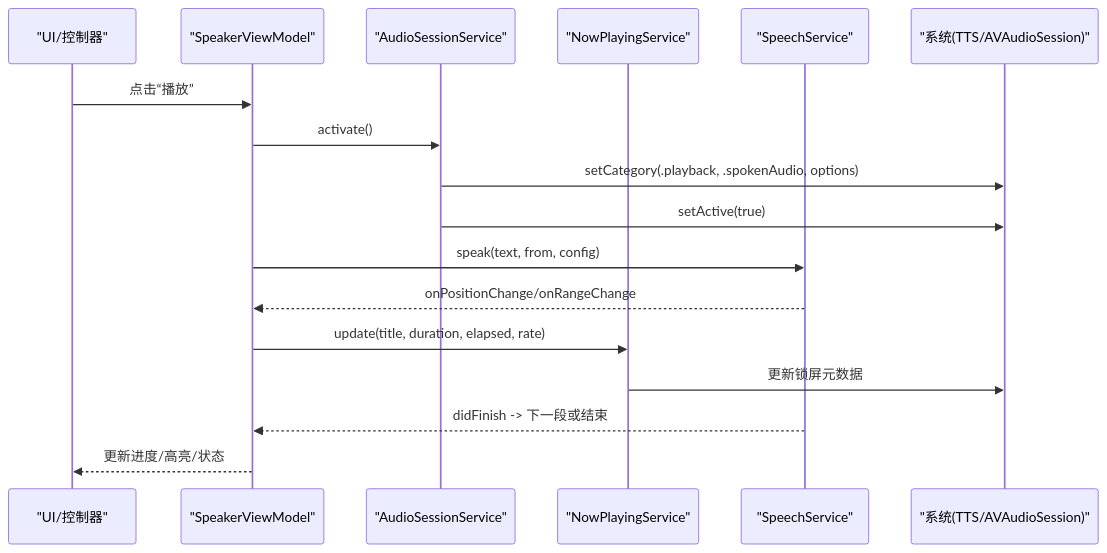
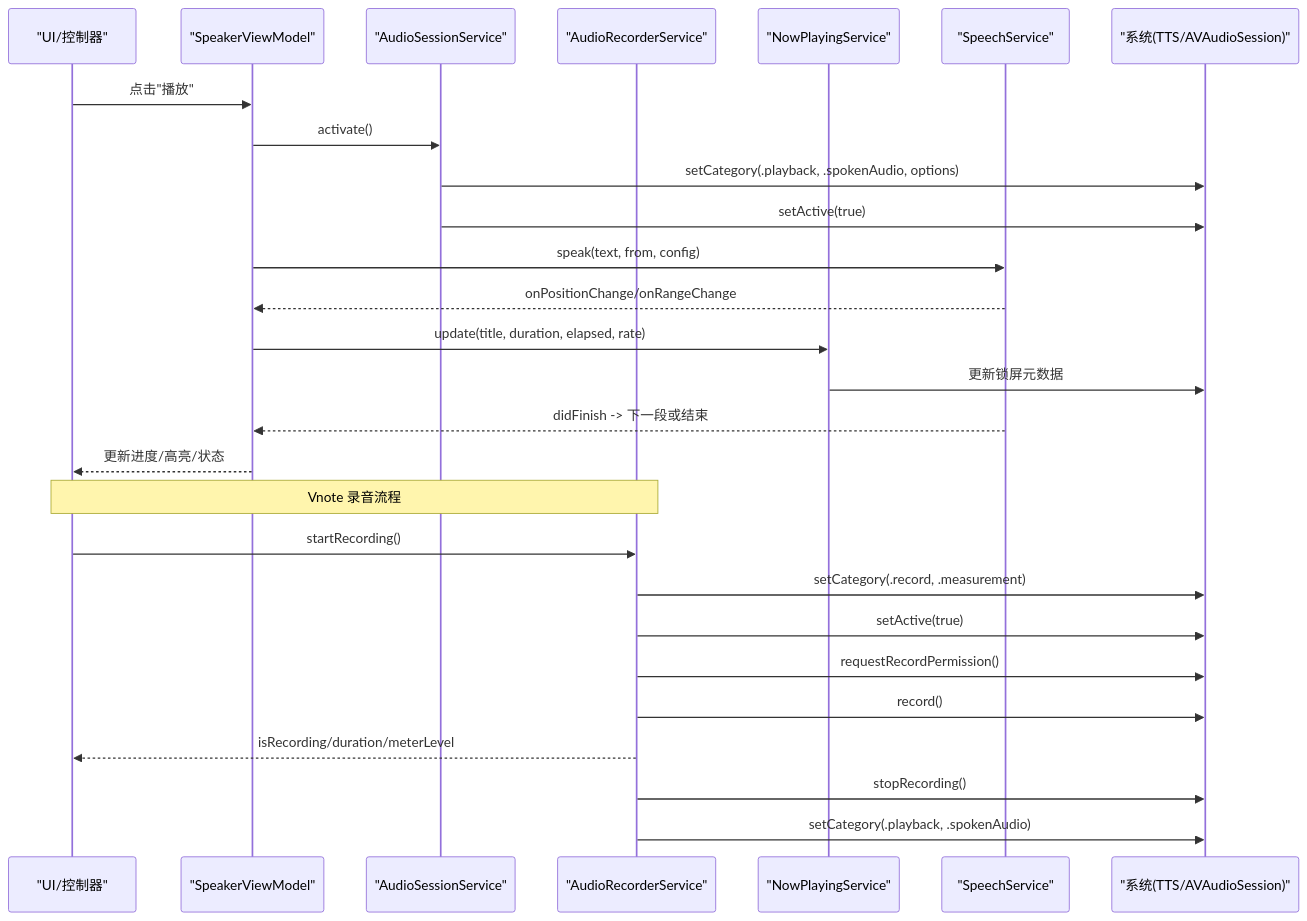
One commit to Primoguo/Knowledge changed the second of 12 diagrams in .qoder/repowiki/zh/content/系统集成/音频会话管理.md. Above: the diagram before and after it, drawn with Mermaid. The commit also changed other lines of this file and 18 other files, not shown here.

````diff
--- a/.qoder/repowiki/zh/content/系统集成/音频会话管理.md
+++ b/.qoder/repowiki/zh/content/系统集成/音频会话管理.md
@@ -97,19 +132,29 @@
 ```mermaid
 sequenceDiagram
 participant UI as "UI/控制器"
 participant VM as "SpeakerViewModel"
 participant AS as "AudioSessionService"
+participant AR as "AudioRecorderService"
 participant NP as "NowPlayingService"
 participant SP as "SpeechService"
 participant SYS as "系统(TTS/AVAudioSession)"
-UI->>VM : 点击“播放”
+UI->>VM : 点击"播放"
 VM->>AS : activate()
 AS->>SYS : setCategory(.playback, .spokenAudio, options)
 AS->>SYS : setActive(true)
 VM->>SP : speak(text, from, config)
 SP-->>VM : onPositionChange/onRangeChange
 VM->>NP : update(title, duration, elapsed, rate)
 NP->>SYS : 更新锁屏元数据
 SP-->>VM : didFinish -> 下一段或结束
 VM-->>UI : 更新进度/高亮/状态
+Note over UI,AR : Vnote 录音流程
+UI->>AR : startRecording()
+AR->>SYS : setCategory(.record, .measurement)
+AR->>SYS : setActive(true)
+AR->>SYS : requestRecordPermission()
+AR->>SYS : record()
+AR-->>UI : isRecording/duration/meterLevel
+AR->>SYS : stopRecording()
+AR->>SYS : setCategory(.playback, .spokenAudio)
 ```
````
